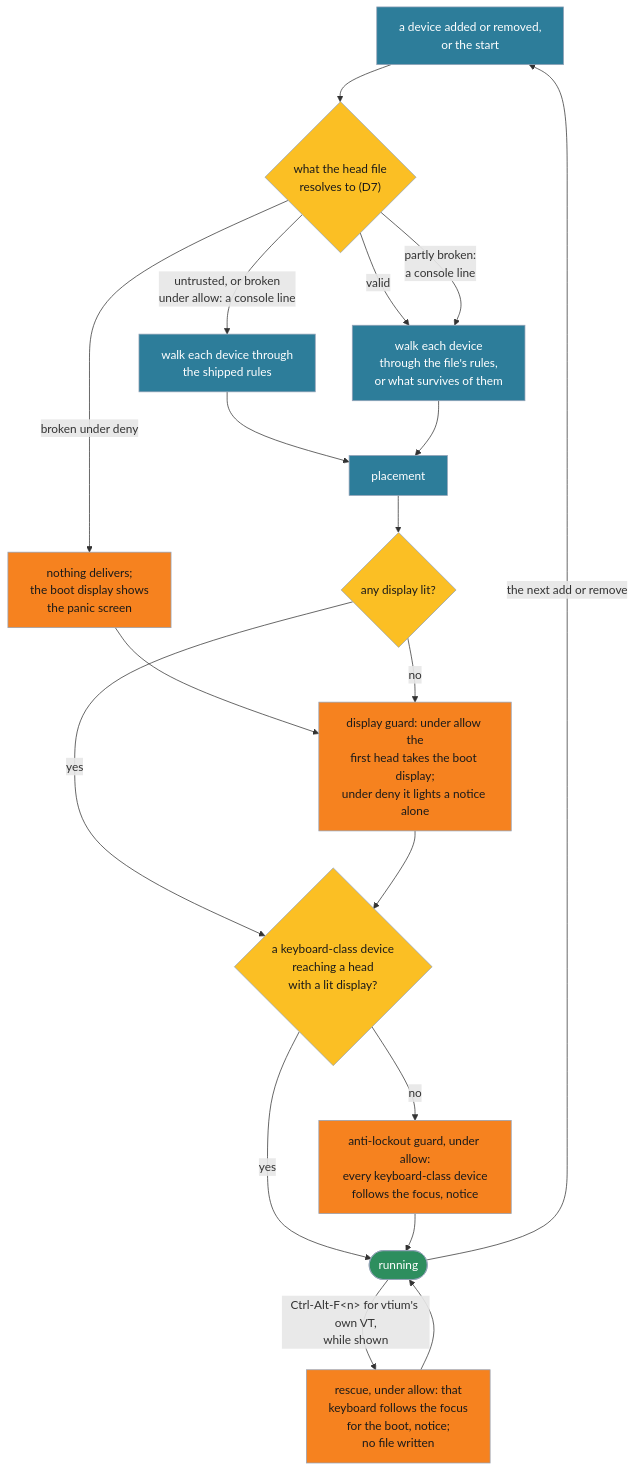
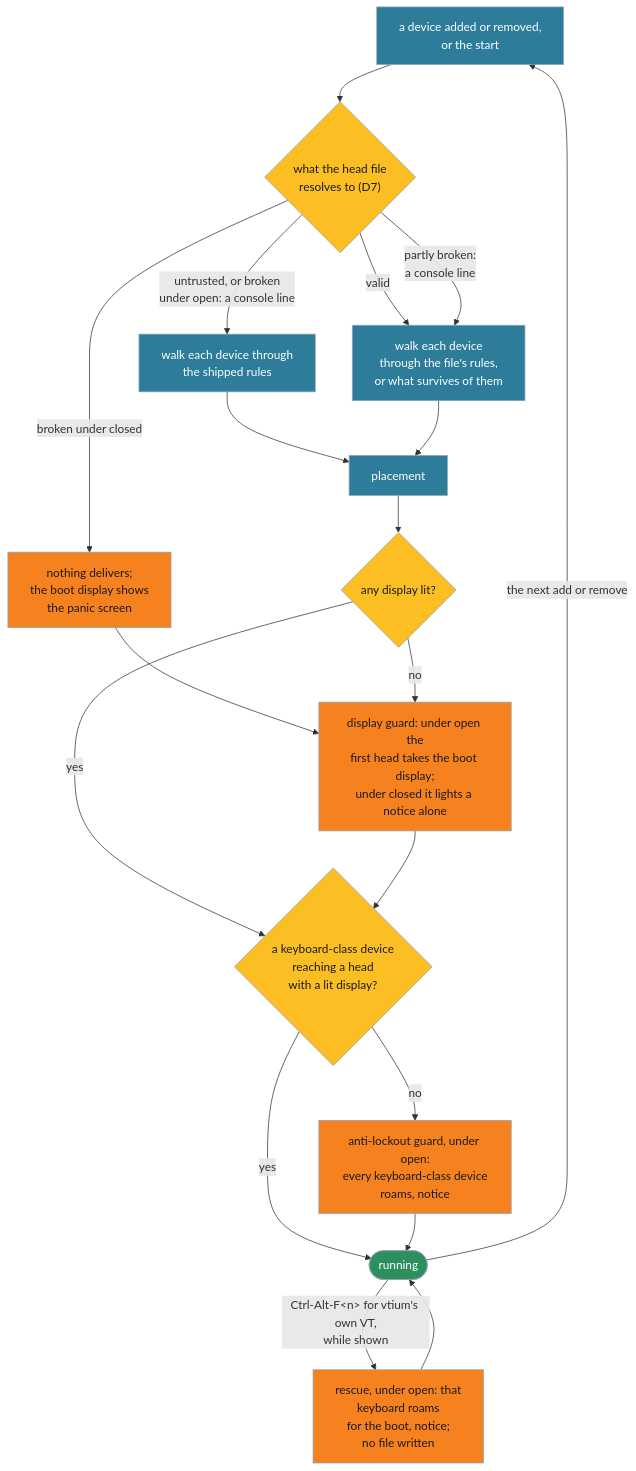
Before and after one commit to vtium/vtium: the fourth of 5 diagrams in docs/architecture/platform/ADR-1401-heads-a-terminal-per-physical-display-placed-by-a-first-match-ruleset.md, drawn with Mermaid. The commit also changed other lines of this file and 9 other files, not shown here.

````diff
--- a/docs/architecture/platform/ADR-1401-heads-a-terminal-per-physical-display-placed-by-a-first-match-ruleset.md
+++ b/docs/architecture/platform/ADR-1401-heads-a-terminal-per-physical-display-placed-by-a-first-match-ruleset.md
@@ -697,30 +702,30 @@
 ```mermaid
 flowchart TD
     EV["a device added or removed,<br>or the start"] --> VALID{"what the head file<br>resolves to (D7)"}
     VALID -->|"valid"| EVAL["walk each device<br>through the file's rules,<br>or what survives of them"]
-    VALID -->|"untrusted, or broken<br>under allow: a console line"| SHIP["walk each device through<br>the shipped rules"]
+    VALID -->|"untrusted, or broken<br>under open: a console line"| SHIP["walk each device through<br>the shipped rules"]
     VALID -->|"partly broken:<br>a console line"| EVAL
-    VALID -->|"broken under deny"| CLOSED["nothing delivers;<br>the boot display shows<br>the panic screen"]
+    VALID -->|"broken under closed"| CLOSED["nothing delivers;<br>the boot display shows<br>the panic screen"]
     CLOSED --> NZ
     SHIP --> EVAL2["placement"]
     EVAL --> EVAL2
     EVAL2 --> LIT{"any display lit?"}
-    LIT -->|"no"| NZ["display guard: under allow the<br>first head takes the boot display;<br>under deny it lights a notice alone"]
+    LIT -->|"no"| NZ["display guard: under open the<br>first head takes the boot display;<br>under closed it lights a notice alone"]
     LIT -->|"yes"| KB
     NZ --> KB{"a keyboard-class device<br>reaching a head<br>with a lit display?"}
-    KB -->|"no"| AL["anti-lockout guard, under allow:<br>every keyboard-class device<br>follows the focus, notice"]
+    KB -->|"no"| AL["anti-lockout guard, under open:<br>every keyboard-class device<br>roams, notice"]
     KB -->|"yes"| RUN(["running"])
     AL --> RUN
-    RUN -->|"Ctrl-Alt-F&lt;n&gt; for vtium's own VT,<br>while shown"| RES["rescue, under allow: that<br>keyboard follows the focus<br>for the boot, notice;<br>no file written"]
+    RUN -->|"Ctrl-Alt-F&lt;n&gt; for vtium's own VT,<br>while shown"| RES["rescue, under open: that<br>keyboard roams<br>for the boot, notice;<br>no file written"]
     RES --> RUN
     RUN -->|"the next add or remove"| EV
     classDef step fill:#2d7d9a,color:#ffffff,stroke:#94a3b8
     classDef check fill:#fbbf24,color:#1a1a1a,stroke:#94a3b8
     classDef guard fill:#f6821f,color:#1a1a1a,stroke:#94a3b8
     classDef done fill:#2d8e5e,color:#ffffff,stroke:#94a3b8
     class EV,EVAL,SHIP,EVAL2 step
     class CLOSED guard
     class VALID,LIT,KB check
     class NZ,AL,RES guard
     class RUN done
 ```
````
